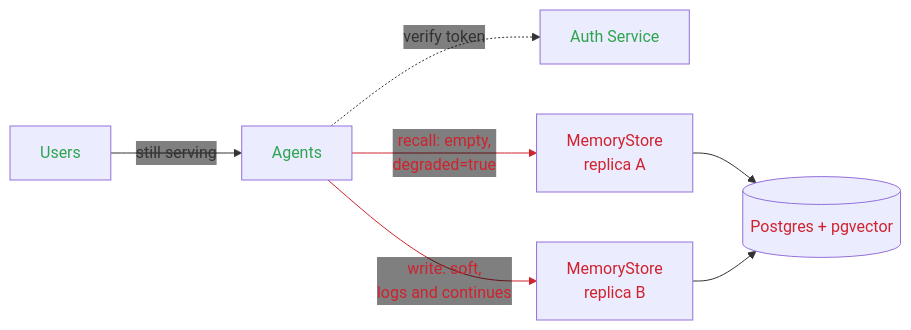
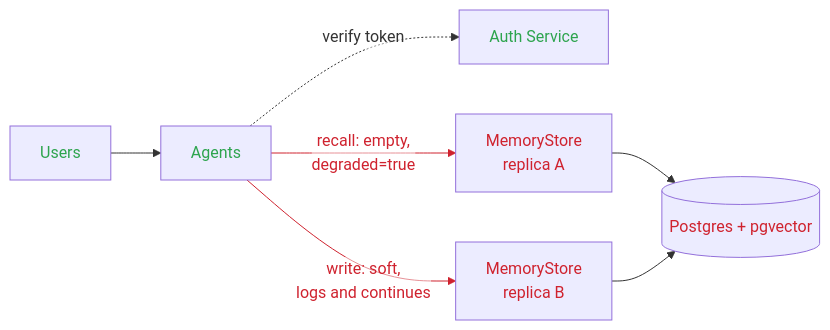
One commit to axsaucedo/kaos-adrs changed the seventh of 8 diagrams in memory/blog/BLOGPOST_DRAFT_PART_3.md. Above: the diagram before and after it, drawn with Mermaid. The commit also changed other lines of this file, not shown here.

First line of the commit message:
blog(part3): boxless readable annotations on the failure diagrams, verified by rendering

````diff
--- a/memory/blog/BLOGPOST_DRAFT_PART_3.md
+++ b/memory/blog/BLOGPOST_DRAFT_PART_3.md
@@ -312,16 +312,16 @@
 ```mermaid
-%%{init: {"themeVariables": {"edgeLabelBackground": "transparent"}}}%%
+%%{init: {"themeVariables": {"edgeLabelBackground": "#ffffff00"}}}%%
 flowchart LR
-  U["Users"] -->|"still serving"| A["Agents"]
+  U["Users"] --> A["Agents"]
   A -.->|"verify token"| AS["Auth Service"]
   A -->|"recall: empty,<br/>degraded=true"| R1["MemoryStore<br/>replica A"]
   A -->|"write: soft,<br/>logs and continues"| R2["MemoryStore<br/>replica B"]
   R1 --> PG[("Postgres + pgvector")]
   R2 --> PG
   classDef down color:#cf222e;
   classDef warn color:#d4a72c;
   classDef ok color:#2da44e;
   class R1,R2,PG down;
   class U,AS,A ok;
   linkStyle 2,3 stroke:#cf222e,color:#cf222e
 ```
````
